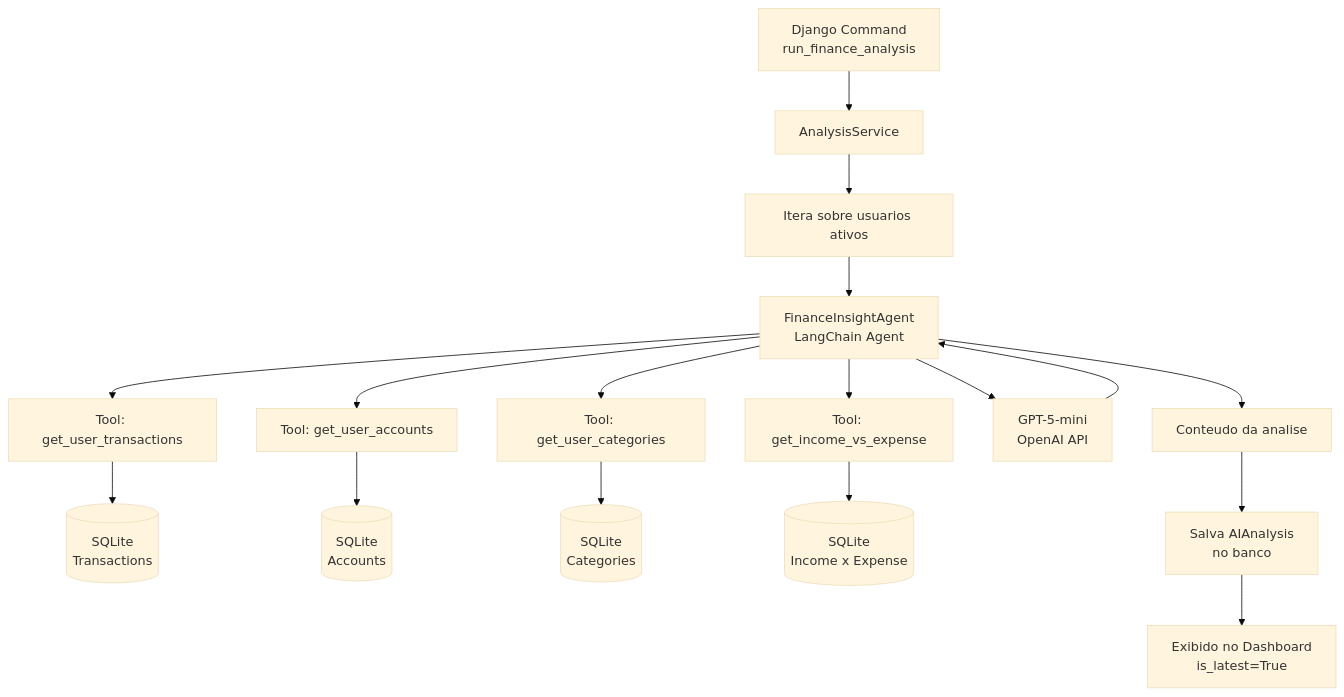
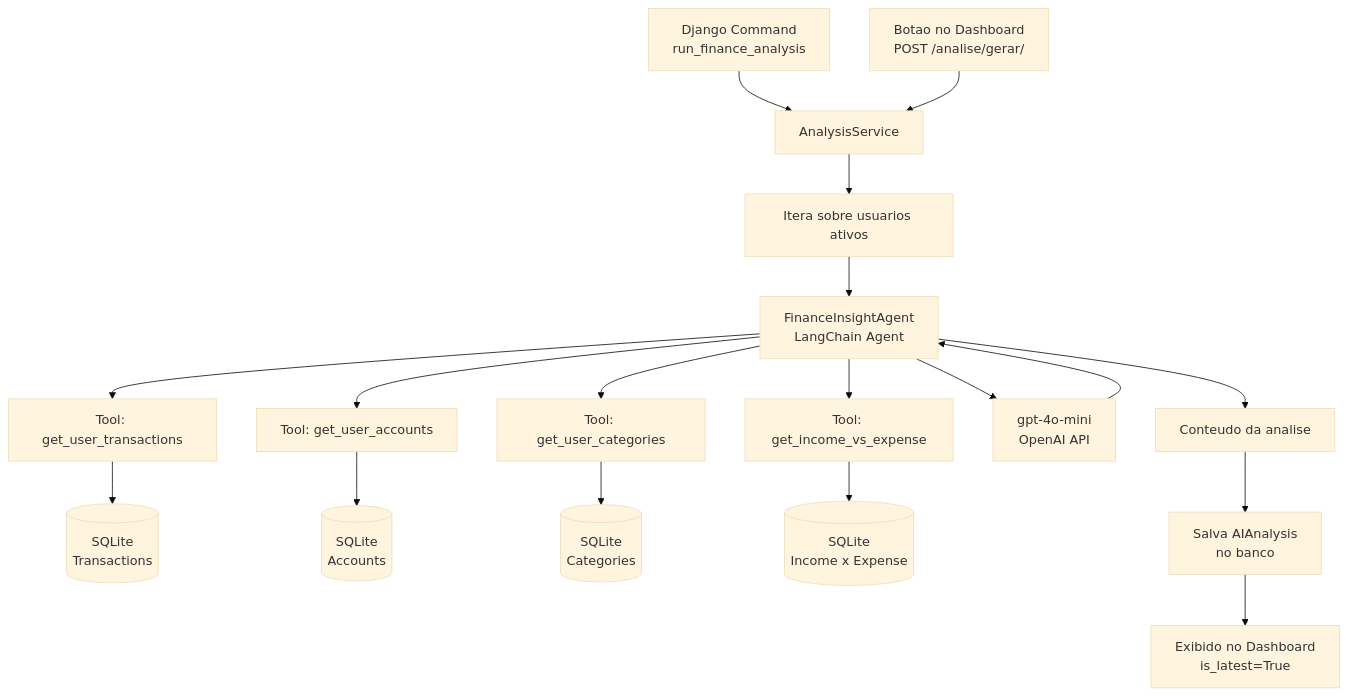
One commit to ThiagoHMDornelas/finanpy changed the diagram in docs/ai-finance-agent.md. Above: the diagram before and after it, drawn with Mermaid (base theme). The commit also changed other lines of this file and 31 other files, not shown here.

````diff
--- a/docs/ai-finance-agent.md
+++ b/docs/ai-finance-agent.md
@@ -11,19 +11,20 @@
 ```mermaid
 flowchart TD
     CMD[Django Command<br/>run_finance_analysis] --> SVC[AnalysisService]
+    UI[Botao no Dashboard<br/>POST /analise/gerar/] --> SVC[AnalysisService]
     SVC --> LOOP[Itera sobre usuarios ativos]
     LOOP --> AGENT[FinanceInsightAgent<br/>LangChain Agent]
     AGENT --> T1[Tool: get_user_transactions]
     AGENT --> T2[Tool: get_user_accounts]
     AGENT --> T3[Tool: get_user_categories]
     AGENT --> T4[Tool: get_income_vs_expense]
     T1 --> DB[(SQLite<br/>Transactions)]
     T2 --> DB2[(SQLite<br/>Accounts)]
     T3 --> DB3[(SQLite<br/>Categories)]
     T4 --> DB4[(SQLite<br/>Income x Expense)]
-    AGENT --> LLM[GPT-5-mini<br/>OpenAI API]
+    AGENT --> LLM[gpt-4o-mini<br/>OpenAI API]
     LLM --> AGENT
     AGENT --> RESULT[Conteudo da analise]
     RESULT --> SAVE[Salva AIAnalysis<br/>no banco]
     SAVE --> DASH[Exibido no Dashboard<br/>is_latest=True]
 ```
````
